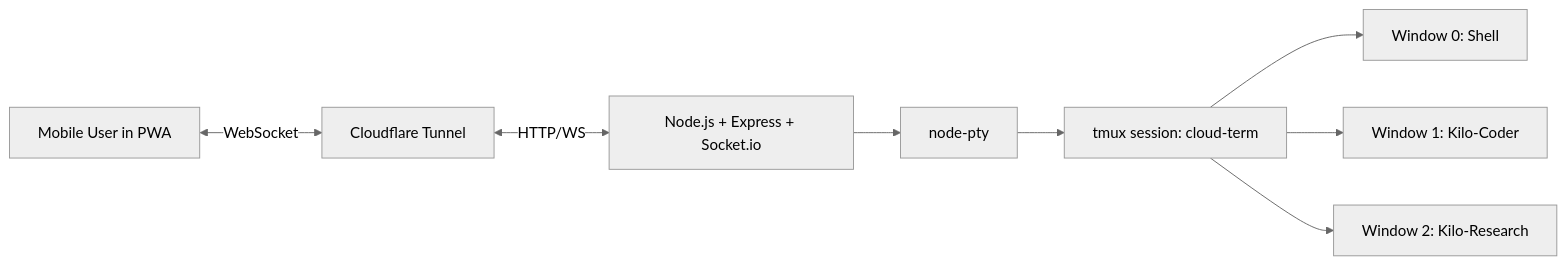
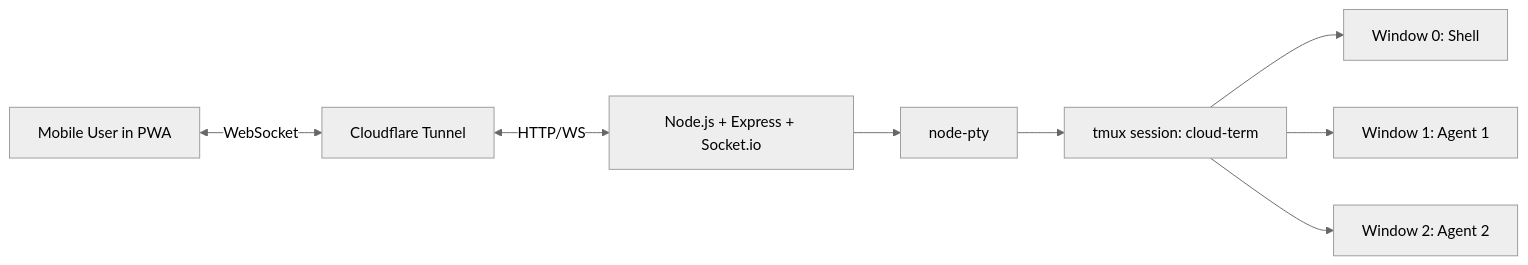
The diagram in docs/02_MDD.md (Adeolu5678/Cloud-Terminal), drawn with Mermaid (neutral theme) before and after one commit. The commit also changed other lines of this file and 3 other files, not shown here.

````diff
--- a/docs/02_MDD.md
+++ b/docs/02_MDD.md
@@ -13,10 +13,10 @@
 ```mermaid
 flowchart LR
     U[Mobile User in PWA] <-->|WebSocket| CF[Cloudflare Tunnel]
     CF <-->|HTTP/WS| API[Node.js + Express + Socket.io]
     API --> PTY[node-pty]
     PTY --> TMUX[tmux session: cloud-term]
     TMUX --> W0[Window 0: Shell]
-    TMUX --> W1[Window 1: Kilo-Coder]
-    TMUX --> W2[Window 2: Kilo-Research]
+    TMUX --> W1[Window 1: Agent 1]
+    TMUX --> W2[Window 2: Agent 2]
 ```
````
